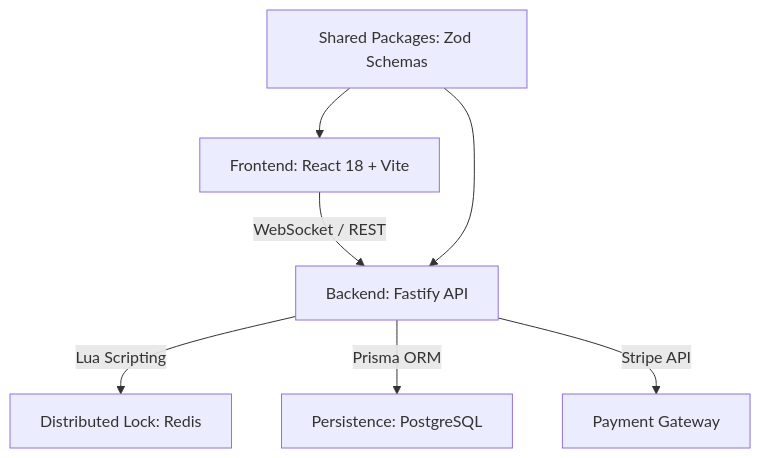
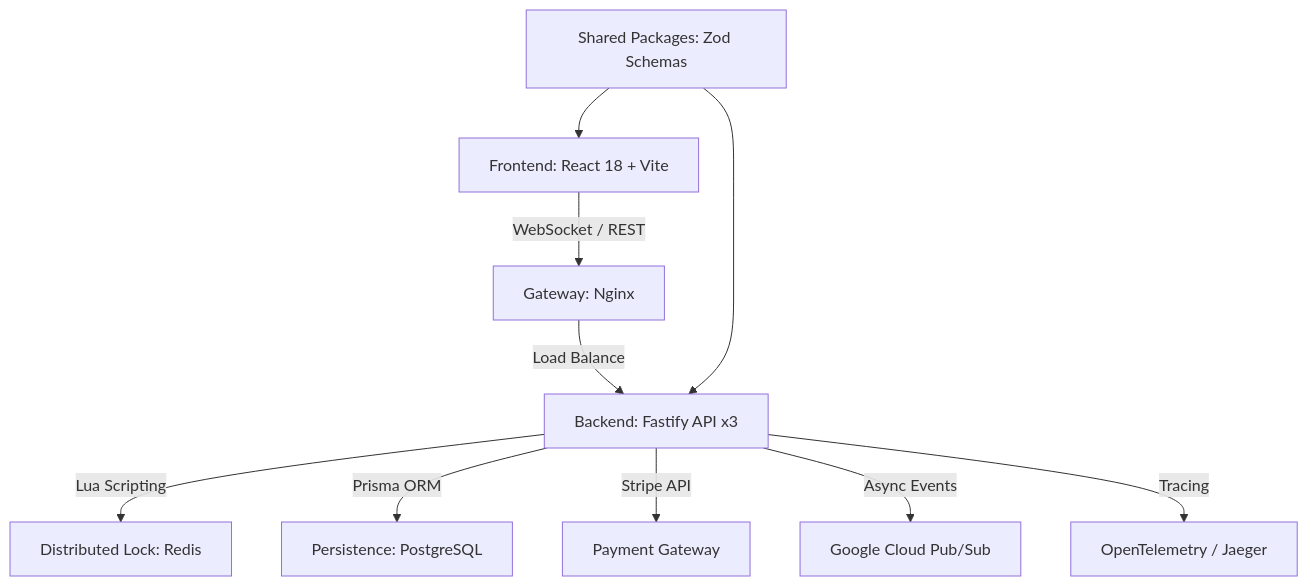
One commit to genesisgzdev/Project-MegaTicketing changed the diagram in README.md. Above: the diagram before and after it, drawn with Mermaid. The commit also changed other lines of this file and 17 other files, not shown here.

Commit message:
feat(api): implement controller/service pattern, atomic Lua redis locking, and industrial tracing

````diff
--- a/README.md
+++ b/README.md
@@ -33,9 +33,12 @@
 ```mermaid
 graph TD
-    A[Frontend: React 18 + Vite] -->|WebSocket / REST| B[Backend: Fastify API]
+    A[Frontend: React 18 + Vite] -->|WebSocket / REST| G[Gateway: Nginx]
+    G -->|Load Balance| B[Backend: Fastify API x3]
     B -->|Lua Scripting| C[Distributed Lock: Redis]
     B -->|Prisma ORM| D[Persistence: PostgreSQL]
     B -->|Stripe API| E[Payment Gateway]
+    B -->|Async Events| H[Google Cloud Pub/Sub]
+    B -->|Tracing| I[OpenTelemetry / Jaeger]
     F[Shared Packages: Zod Schemas] --> A
     F --> B
 ```
````
